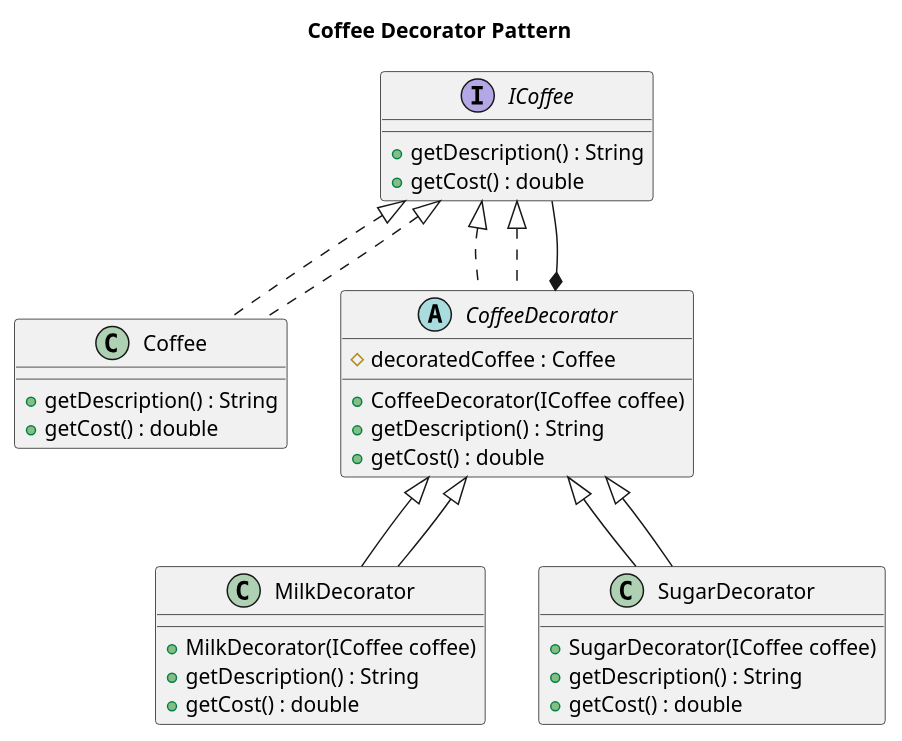
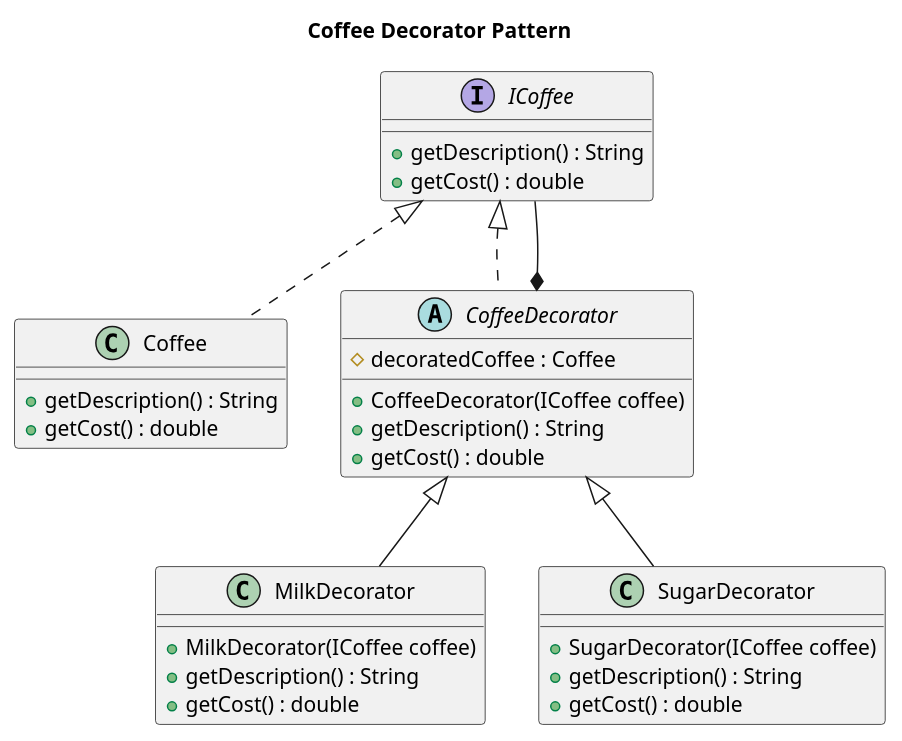
One commit to GBhavaniShankar/decorator-pattern-demo-java changed the diagram in src/main/resources/uml/coffee.puml. Above: the diagram before and after it, drawn with PlantUML. The commit also changed 2 other files, not shown here.

Commit message:
Added Readme and modified the UML digarm

```diff
--- a/src/main/resources/uml/coffee.puml
+++ b/src/main/resources/uml/coffee.puml
@@ -1,43 +1,39 @@
 @startuml
 title Coffee Decorator Pattern
 
 ' --- Interfaces and Components ---
 interface ICoffee {
     +getDescription() : String
     +getCost() : double
 }
 
 class Coffee implements ICoffee {
     +getDescription() : String
     +getCost() : double
 }
 
 ' --- Abstract Decorator ---
 abstract class CoffeeDecorator implements ICoffee {
     #decoratedCoffee : Coffee
     +CoffeeDecorator(ICoffee coffee)
     +getDescription() : String
     +getCost() : double
 }
 
 ' --- Concrete Decorators ---
 class MilkDecorator extends CoffeeDecorator {
     +MilkDecorator(ICoffee coffee)
     +getDescription() : String
     +getCost() : double
 }
 
 class SugarDecorator extends CoffeeDecorator {
     +SugarDecorator(ICoffee coffee)
     +getDescription() : String
     +getCost() : double
 }
 
 ' --- Relationships ---
-ICoffee <|.. Coffee
-ICoffee <|.. CoffeeDecorator
 CoffeeDecorator *-- ICoffee
-CoffeeDecorator <|-- MilkDecorator
-CoffeeDecorator <|-- SugarDecorator
 
 @enduml
```
